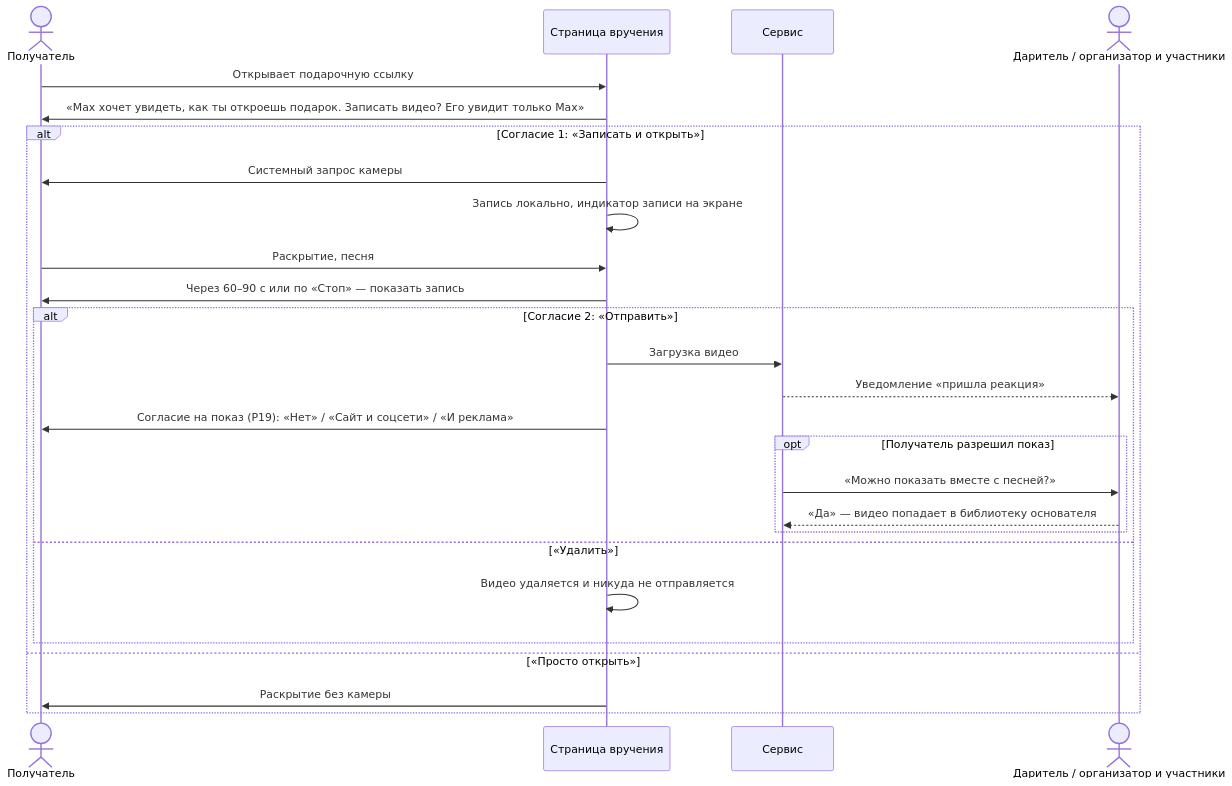
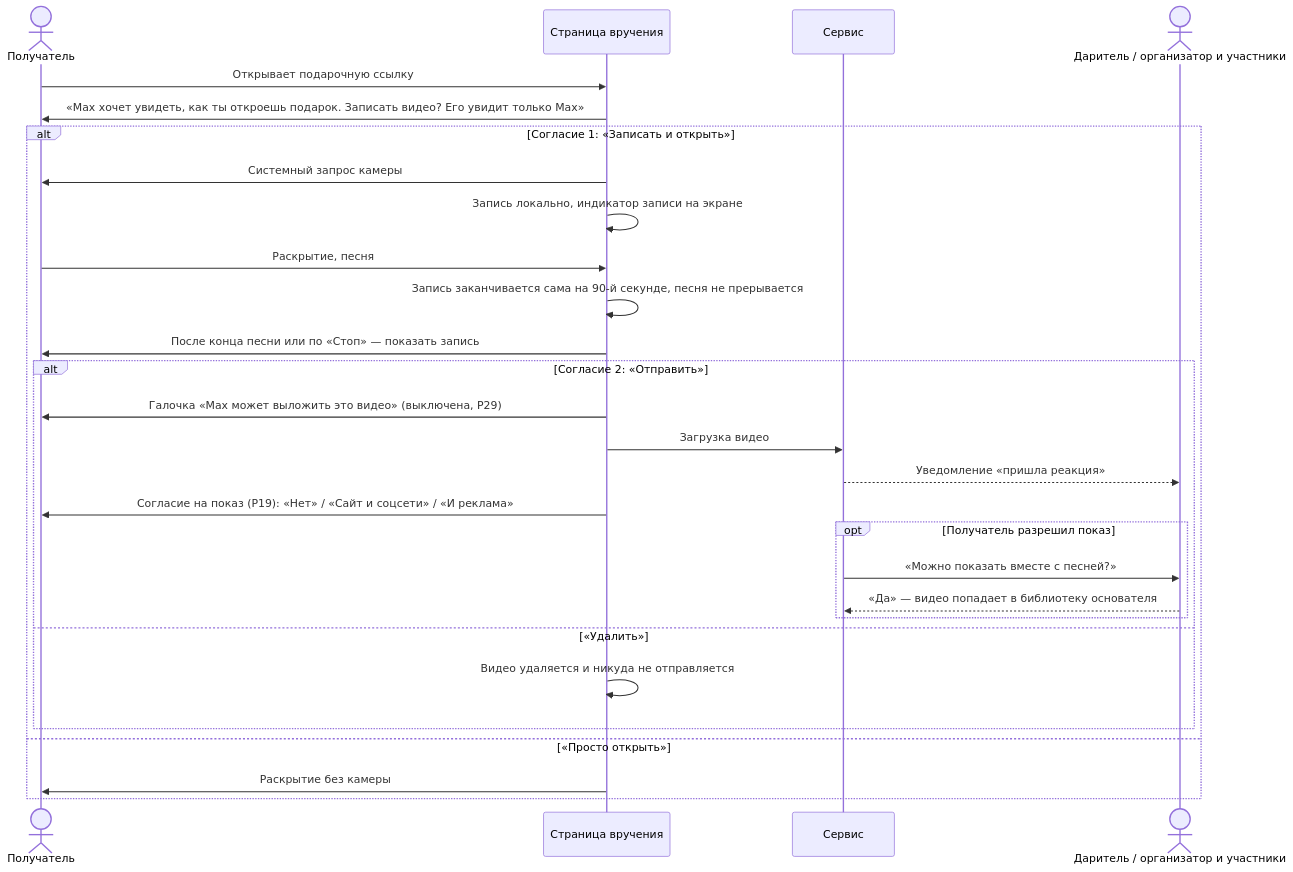
One commit to AlexMubarakshin/yoursongawaits changed the second of 4 diagrams in docs/research/06-prd.md. Above: the diagram before and after it, drawn with Mermaid. The commit also changed other lines of this file and 33 other files, not shown here.

Commit message:
PRD v0.7 and design canvas v72: flow review fixes A1-A11

````diff
--- a/docs/research/06-prd.md
+++ b/docs/research/06-prd.md
@@ -309,28 +312,30 @@
 ```mermaid
 sequenceDiagram
     actor R as Получатель
     participant P as Страница вручения
     participant S as Сервис
     actor G as Даритель / организатор и участники
     R->>P: Открывает подарочную ссылку
     P->>R: «Max хочет увидеть, как ты откроешь подарок. Записать видео? Его увидит только Max»
     alt Согласие 1: «Записать и открыть»
         P->>R: Системный запрос камеры
         P->>P: Запись локально, индикатор записи на экране
         R->>P: Раскрытие, песня
-        P->>R: Через 60–90 с или по «Стоп» — показать запись
+        P->>P: Запись заканчивается сама на 90-й секунде, песня не прерывается
+        P->>R: После конца песни или по «Стоп» — показать запись
         alt Согласие 2: «Отправить»
+            P->>R: Галочка «Max может выложить это видео» (выключена, P29)
             P->>S: Загрузка видео
             S-->>G: Уведомление «пришла реакция»
             P->>R: Согласие на показ (P19): «Нет» / «Сайт и соцсети» / «И реклама»
             opt Получатель разрешил показ
                 S->>G: «Можно показать вместе с песней?»
                 G-->>S: «Да» — видео попадает в библиотеку основателя
             end
         else «Удалить»
             P->>P: Видео удаляется и никуда не отправляется
         end
     else «Просто открыть»
         P->>R: Раскрытие без камеры
     end
 ```
````
